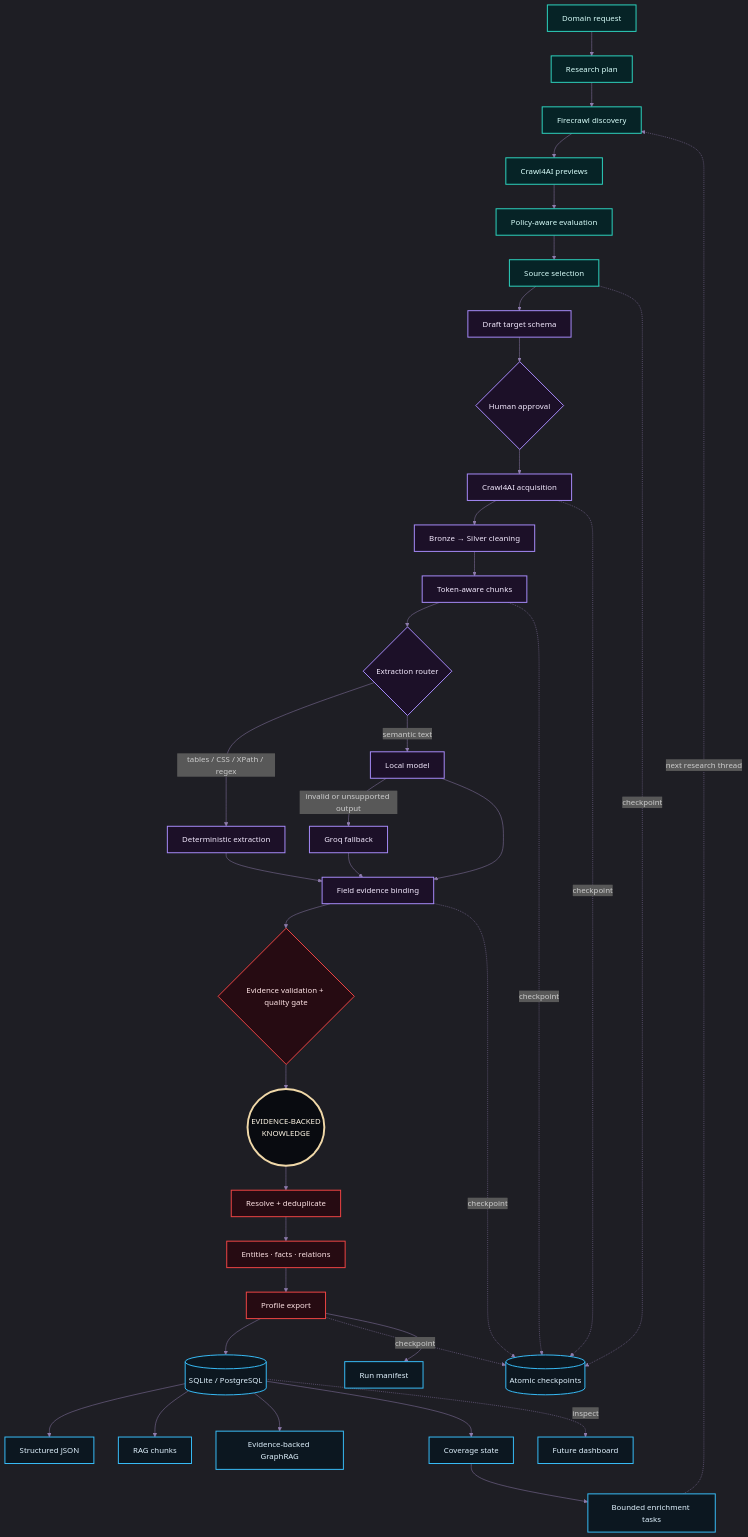
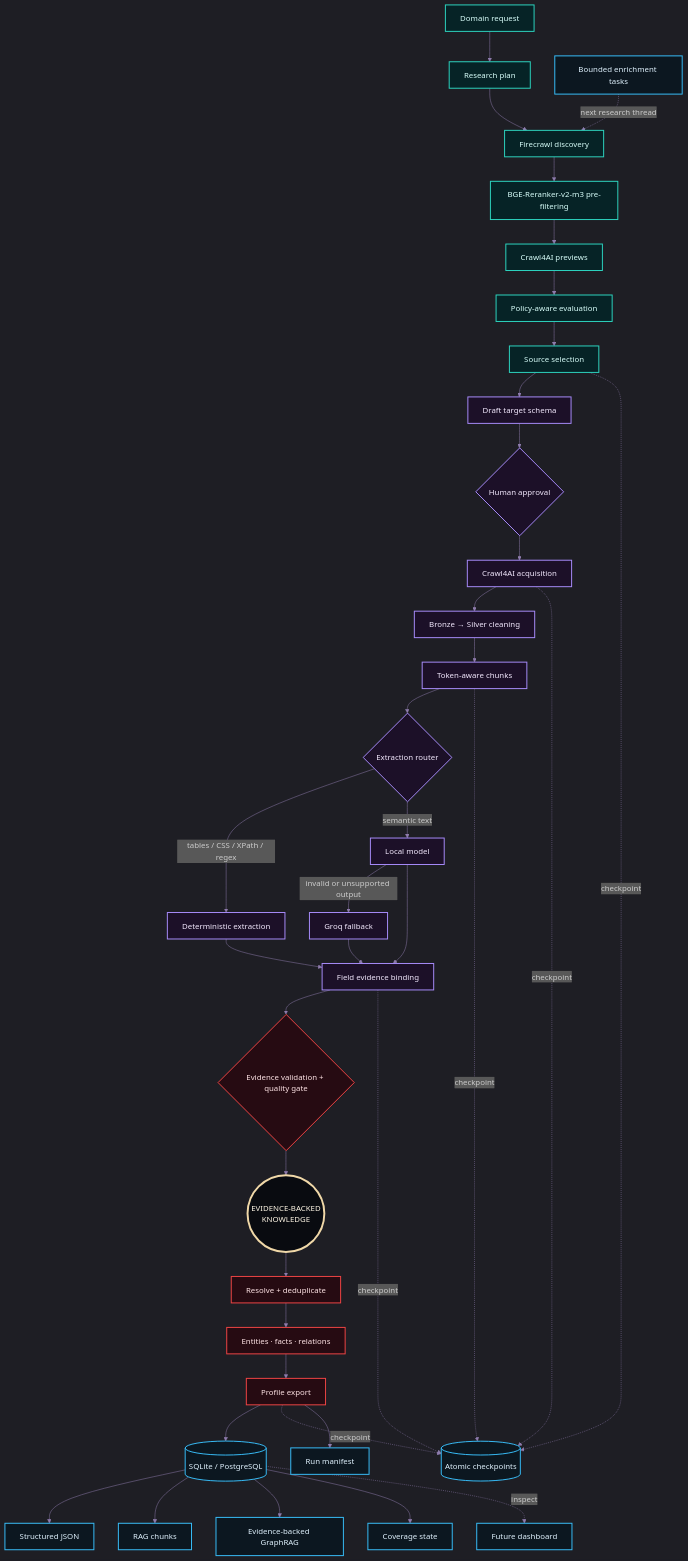
One commit to yunussfr/Knowledge_Extraction_Platform changed the first of 4 diagrams in README.md. Above: the diagram before and after it, drawn with Mermaid. The commit also changed other lines of this file and 27 other files, not shown here.

Commit message:
feat: add BGE-Reranker-v2-m3 cross-encoder pre-filtering and candidate ID resolution

````diff
--- a/README.md
+++ b/README.md
@@ -19,48 +19,49 @@
 ```mermaid
 %%{init: {"theme":"dark","themeVariables":{"background":"#050608","primaryColor":"#171022","primaryTextColor":"#f5ead6","primaryBorderColor":"#9b87c7","lineColor":"#8f7cad","secondaryColor":"#082226","tertiaryColor":"#2a0d16","fontFamily":"Georgia, Times New Roman, serif"}}}%%
 flowchart TB
     REQUEST[Domain request] --> PLAN[Research plan] --> SEARCH[Firecrawl discovery]
-    SEARCH --> PREVIEW[Crawl4AI previews] --> EVALUATE[Policy-aware evaluation]
+    SEARCH --> RERANK[BGE-Reranker-v2-m3 pre-filtering] --> PREVIEW[Crawl4AI previews]
+    PREVIEW --> EVALUATE[Policy-aware evaluation]
     EVALUATE --> SELECT[Source selection] --> SCHEMA[Draft target schema]
     SCHEMA --> APPROVAL{Human approval}
 
     APPROVAL --> ACQUIRE[Crawl4AI acquisition] --> CLEAN[Bronze → Silver cleaning]
     CLEAN --> CHUNK[Token-aware chunks] --> ROUTER{Extraction router}
     ROUTER -->|tables / CSS / XPath / regex| DET[Deterministic extraction]
     ROUTER -->|semantic text| LOCAL[Local model]
     LOCAL -->|invalid or unsupported output| GROQ[Groq fallback]
     DET --> EVIDENCE[Field evidence binding]
     LOCAL --> EVIDENCE
     GROQ --> EVIDENCE
 
     EVIDENCE --> VERIFY{Evidence validation + quality gate}
     VERIFY --> CORE((EVIDENCE-BACKED<br/>KNOWLEDGE))
     CORE --> RESOLVE[Resolve + deduplicate] --> ENRICH[Entities · facts · relations]
     ENRICH --> EXPORT[Profile export] --> STORE[(SQLite / PostgreSQL)]
 
     STORE --> STRUCTURED[Structured JSON]
     STORE --> RAG[RAG chunks]
     STORE --> GRAPH[Evidence-backed GraphRAG]
     STORE --> COVERAGE[Coverage state]
-    COVERAGE --> TASKS[Bounded enrichment tasks]
+    TASKS[Bounded enrichment tasks]
     TASKS -. next research thread .-> SEARCH
     STORE -. inspect .-> DASH[Future dashboard]
 
     SELECT -. checkpoint .-> CHECKPOINTS[(Atomic checkpoints)]
     ACQUIRE -. checkpoint .-> CHECKPOINTS
     CHUNK -. checkpoint .-> CHECKPOINTS
     EVIDENCE -. checkpoint .-> CHECKPOINTS
     EXPORT -. checkpoint .-> CHECKPOINTS
     EXPORT --> MANIFEST[Run manifest]
 
     classDef hunt fill:#062326,stroke:#2dd4bf,color:#d9fffb,stroke-width:2px;
     classDef intelligence fill:#1c1028,stroke:#a78bfa,color:#f4eaff,stroke-width:2px;
     classDef blood fill:#260b12,stroke:#ef4444,color:#ffe4e6,stroke-width:2px;
     classDef core fill:#090b10,stroke:#f0d8a8,color:#fff7e6,stroke-width:4px;
     classDef store fill:#0c1720,stroke:#38bdf8,color:#e0f2fe,stroke-width:2px;
-    class REQUEST,PLAN,SEARCH,PREVIEW,EVALUATE,SELECT hunt;
+    class REQUEST,PLAN,SEARCH,RERANK,PREVIEW,EVALUATE,SELECT hunt;
     class SCHEMA,APPROVAL,ACQUIRE,CLEAN,CHUNK,ROUTER,DET,LOCAL,GROQ,EVIDENCE intelligence;
     class VERIFY,RESOLVE,ENRICH,EXPORT blood;
     class CORE core;
     class STORE,STRUCTURED,RAG,GRAPH,COVERAGE,TASKS,DASH,CHECKPOINTS,MANIFEST store;
 ```
````
